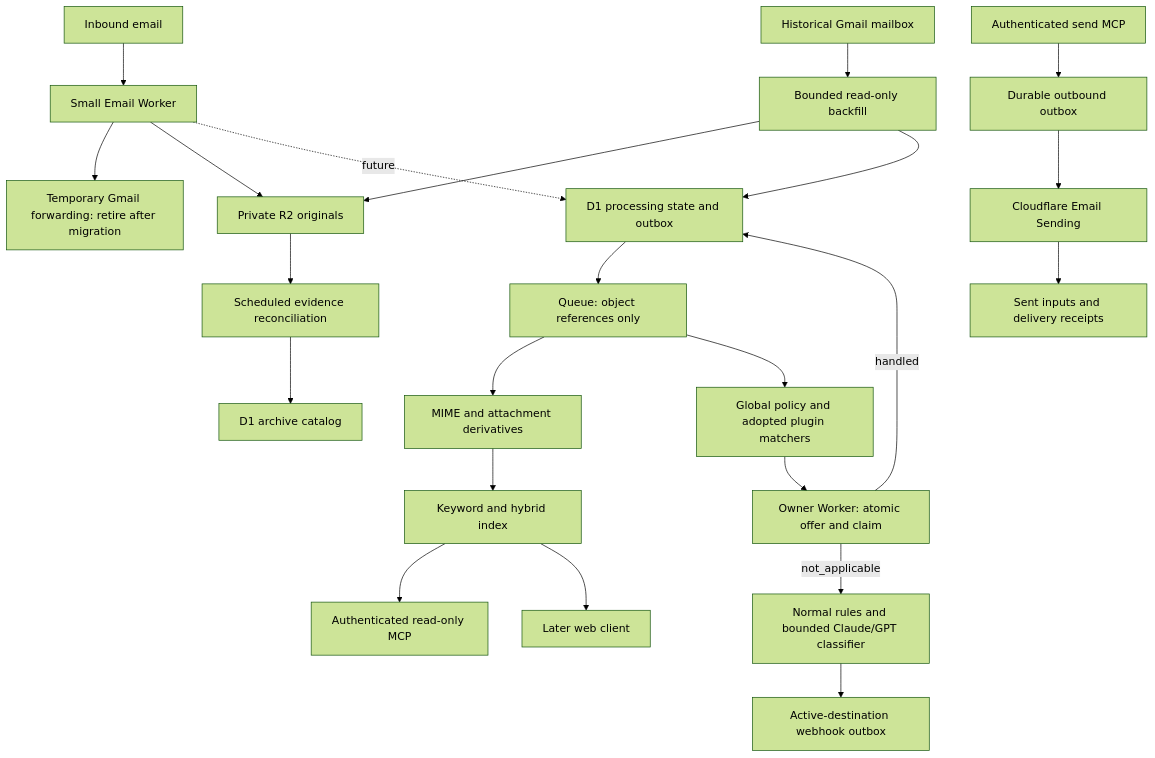
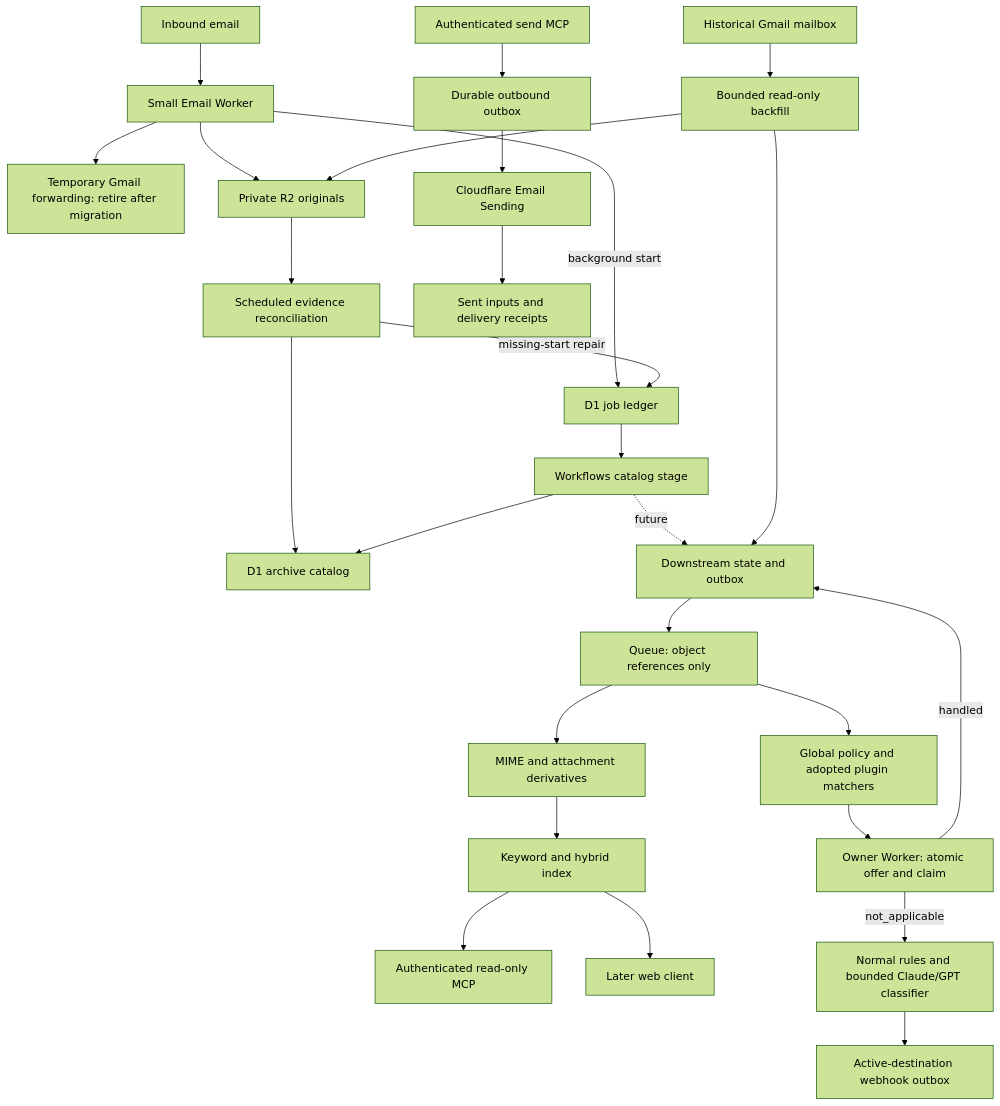
One commit to risu729/fumi changed the diagram in docs/architecture.md. Above: the diagram before and after it, drawn with Mermaid (forest theme). The commit also changed other lines of this file and 17 other files, not shown here.

Commit message:
feat: add durable mail catalog processing with Workflows

````diff
--- a/docs/architecture.md
+++ b/docs/architecture.md
@@ -14,25 +16,29 @@
 ```mermaid
 flowchart TD
   Mail[Inbound email] --> Ingress[Small Email Worker]
   Ingress --> Gmail[Temporary Gmail forwarding: retire after migration]
   Ingress --> Raw[Private R2 originals]
   Raw --> Repair[Scheduled evidence reconciliation]
   Repair --> Catalog[D1 archive catalog]
-  Ingress -.->|future| Receipt[D1 processing state and outbox]
+  Ingress -->|background start| Jobs[D1 job ledger]
+  Jobs --> Workflow[Workflows catalog stage]
+  Workflow --> Catalog
+  Repair -->|missing-start repair| Jobs
+  Workflow -.->|future| Receipt[Downstream state and outbox]
   History[Historical Gmail mailbox] --> Import[Bounded read-only backfill]
   Import --> Raw
   Import --> Receipt
   Receipt --> Queue[Queue: object references only]
   Queue --> Normalize[MIME and attachment derivatives]
   Normalize --> Search[Keyword and hybrid index]
   Search --> MCP[Authenticated read-only MCP]
   Search --> Web[Later web client]
   Queue --> Rules[Global policy and adopted plugin matchers]
   Rules --> Owner[Owner Worker: atomic offer and claim]
   Owner -->|not_applicable| Classify[Normal rules and bounded Claude/GPT classifier]
   Owner -->|handled| Receipt
   Classify --> Dispatch[Active-destination webhook outbox]
   SendMCP[Authenticated send MCP] --> SendOutbox[Durable outbound outbox]
   SendOutbox --> Provider[Cloudflare Email Sending]
   Provider --> Sent[Sent inputs and delivery receipts]
 ```
````
